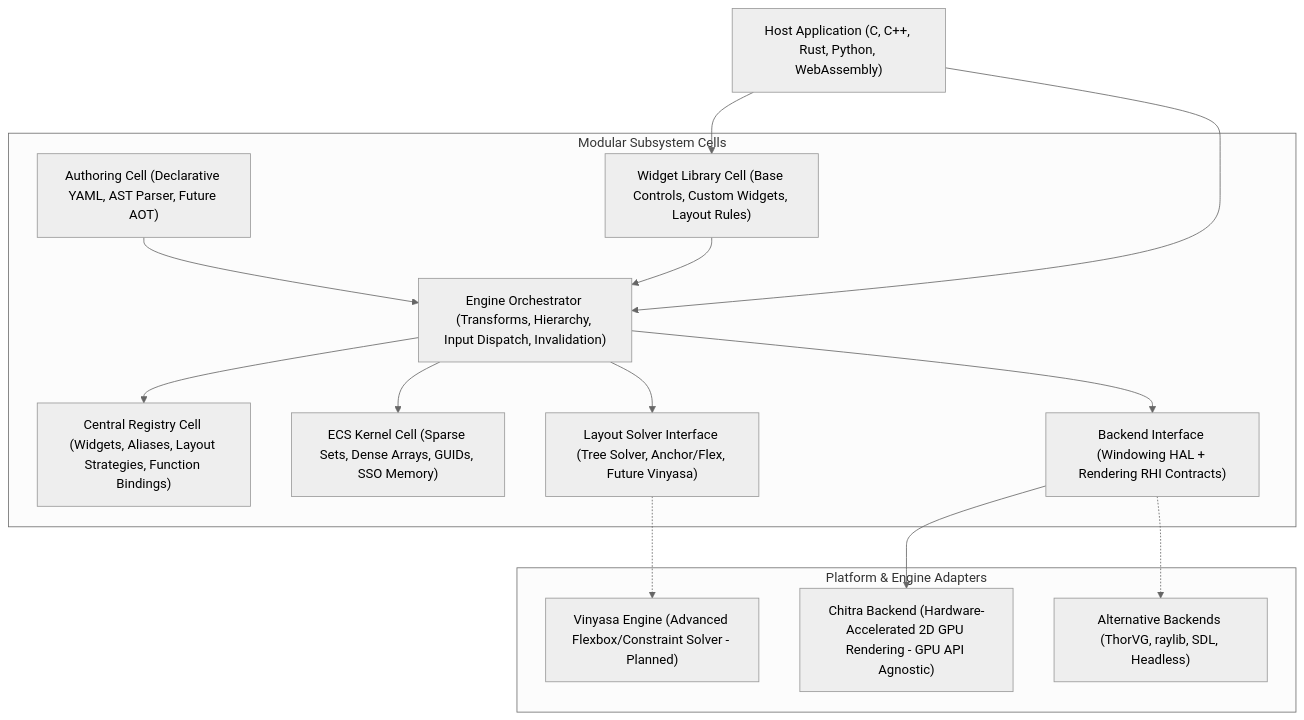
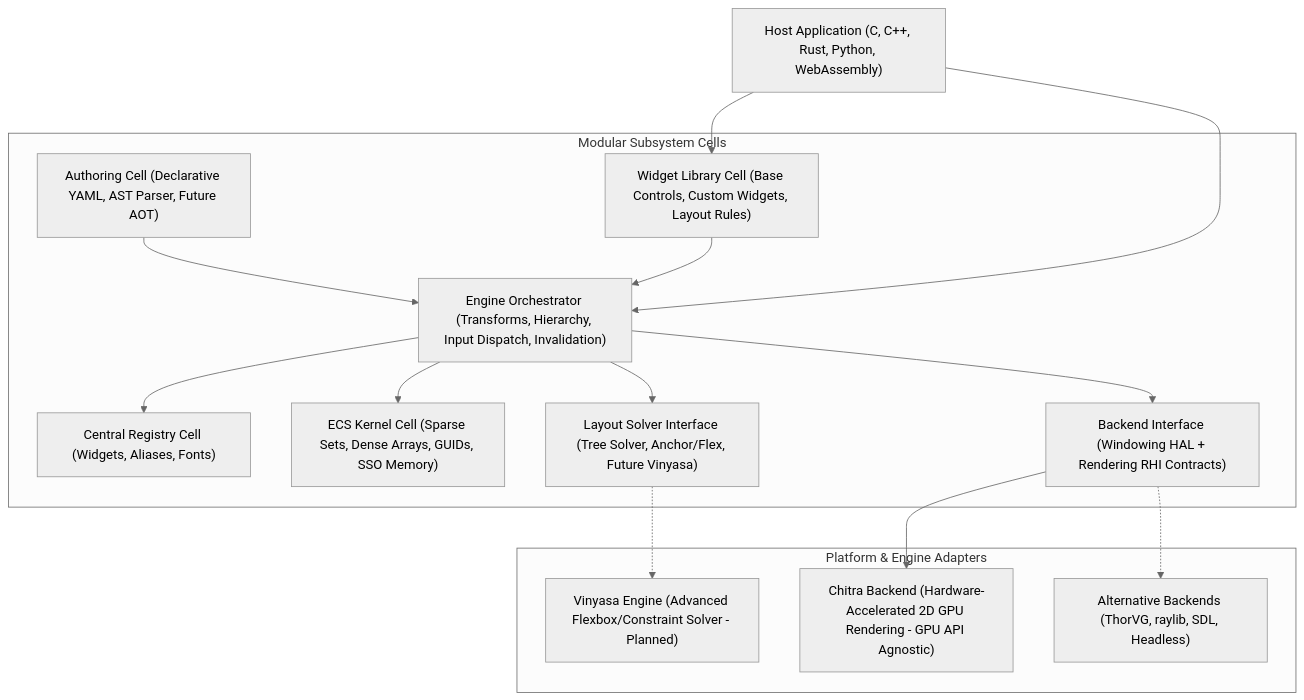
One commit to Yuvi-GD/Tether changed the diagram in docs/index.md. Above: the diagram before and after it, drawn with Mermaid (neutral theme). The commit also changed other lines of this file and 24 other files, not shown here.

Commit message:
docs: align technical docs with v0.0.3-preview and clarify presentation roadmap

````diff
--- a/docs/index.md
+++ b/docs/index.md
@@ -31,34 +31,34 @@
 ```mermaid
 flowchart TD
     Host["Host Application (C, C++, Rust, Python, WebAssembly)"]
     
     subgraph Cells["Modular Subsystem Cells"]
         Authoring["Authoring Cell (Declarative YAML, AST Parser, Future AOT)"]
         UI["Widget Library Cell (Base Controls, Custom Widgets, Layout Rules)"]
-        Registry["Central Registry Cell (Widgets, Aliases, Layout Strategies, Function Bindings)"]
+        Registry["Central Registry Cell (Widgets, Aliases, Fonts)"]
         Engine["Engine Orchestrator (Transforms, Hierarchy, Input Dispatch, Invalidation)"]
         Kernel["ECS Kernel Cell (Sparse Sets, Dense Arrays, GUIDs, SSO Memory)"]
         Layout["Layout Solver Interface (Tree Solver, Anchor/Flex, Future Vinyasa)"]
         Backend["Backend Interface (Windowing HAL + Rendering RHI Contracts)"]
     end
 
     subgraph Adapters["Platform & Engine Adapters"]
         Chitra["Chitra Backend (Hardware-Accelerated 2D GPU Rendering - GPU API Agnostic)"]
         Vinyasa["Vinyasa Engine (Advanced Flexbox/Constraint Solver - Planned)"]
         OtherBackends["Alternative Backends (ThorVG, raylib, SDL, Headless)"]
     end
 
     Host --> UI
     Host --> Engine
     UI --> Engine
     Authoring --> Engine
     
     Engine --> Registry
     Engine --> Kernel
     Engine --> Layout
     Engine --> Backend
     
     Layout -.-> Vinyasa
     Backend --> Chitra
     Backend -.-> OtherBackends
 ```
````
